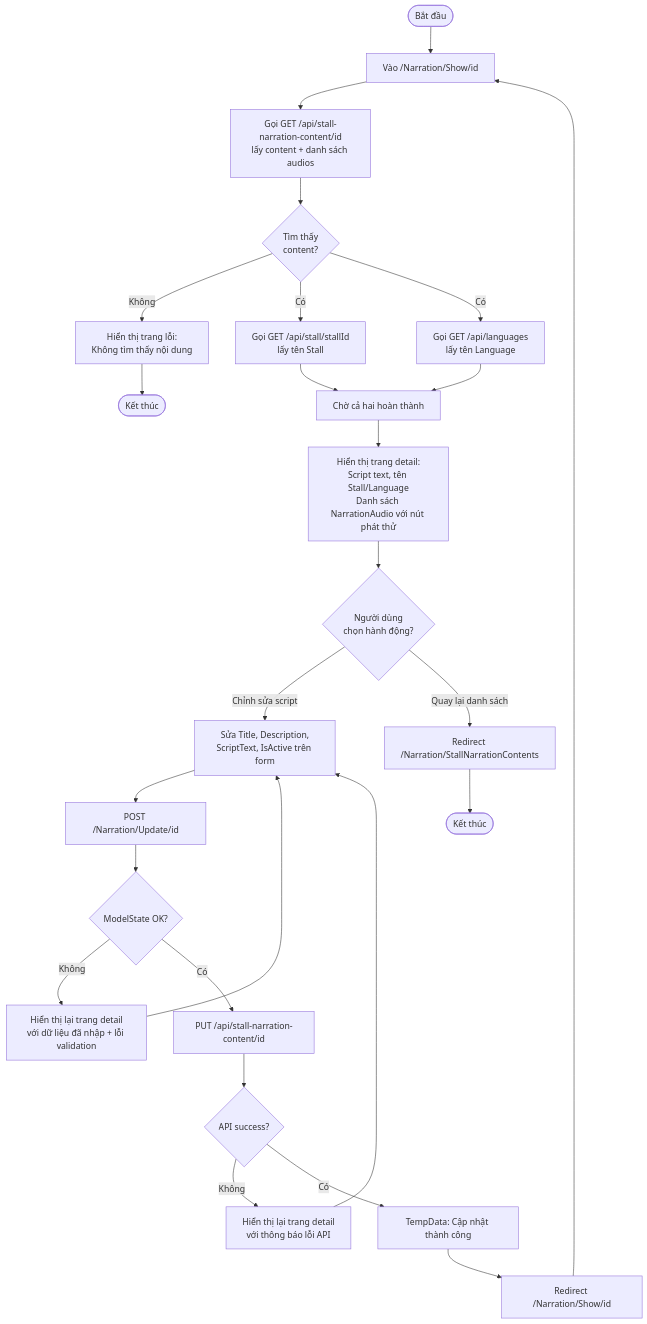
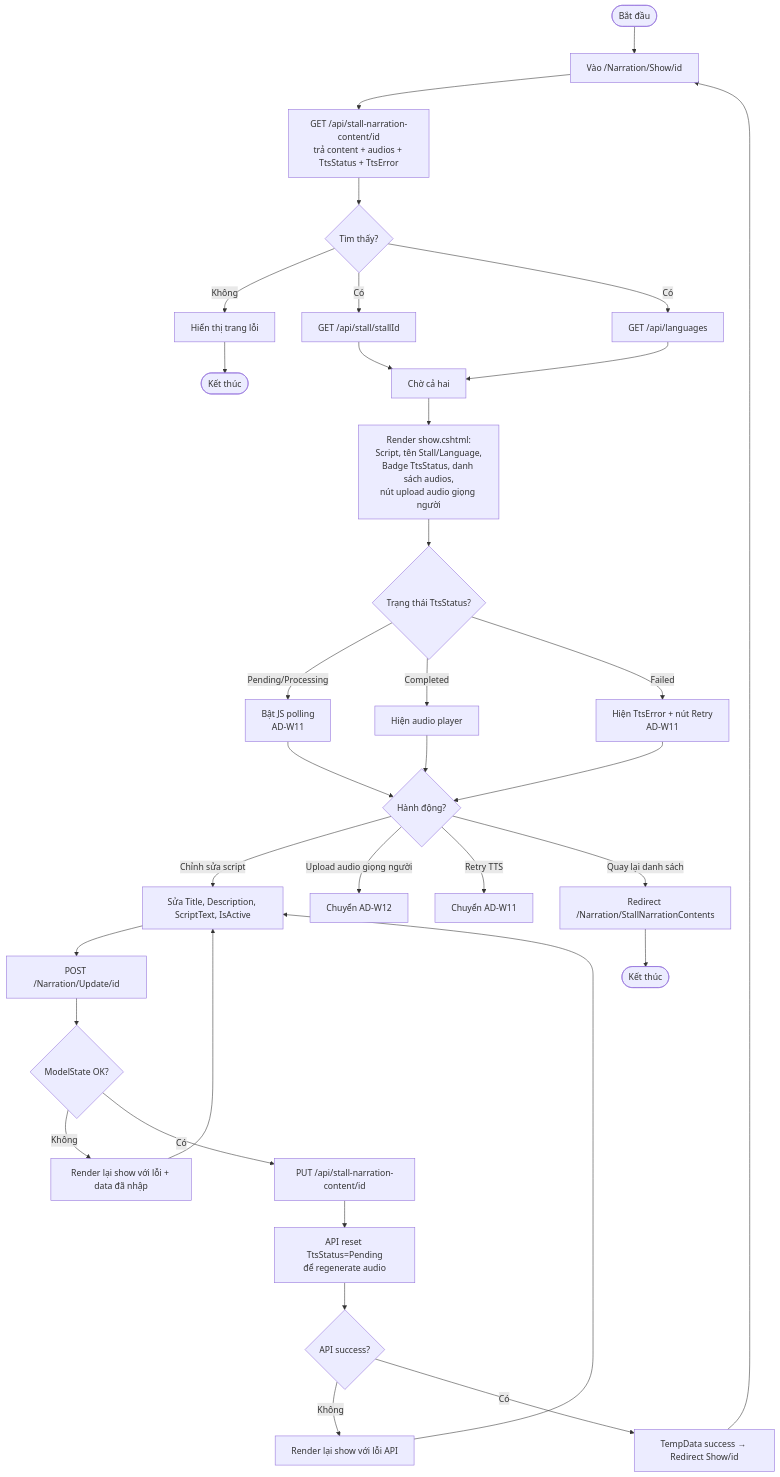
Before and after one commit to NguyenAlpha/LocateAndMultilingualNarration: the tenth of 21 diagrams in Docs/Activity Diagrams – Web Admin.md, drawn with Mermaid. The commit also changed other lines of this file and 1 other file, not shown here.

Commit message:
Update Mobile API Endpoints Summary with detailed descriptions and JSON response examples for each endpoint

````diff
--- a/Docs/Activity Diagrams – Web Admin.md
+++ b/Docs/Activity Diagrams – Web Admin.md
@@ -393,32 +437,41 @@
 ```mermaid
 flowchart TD
     A([Bắt đầu]) --> B[Vào /Narration/Show/id]
-    B --> C[Gọi GET /api/stall-narration-content/id\nlấy content + danh sách audios]
-    C --> D{Tìm thấy\ncontent?}
-    D -- Không --> E[Hiển thị trang lỗi:\nKhông tìm thấy nội dung]
+    B --> C[GET /api/stall-narration-content/id\ntrả content + audios + TtsStatus + TtsError]
+    C --> D{Tìm thấy?}
+    D -- Không --> E[Hiển thị trang lỗi]
     E --> F([Kết thúc])
 
-    D -- Có --> G1[Gọi GET /api/stall/stallId\nlấy tên Stall]
-    D -- Có --> G2[Gọi GET /api/languages\nlấy tên Language]
-    G1 --> H[Chờ cả hai hoàn thành]
+    D -- Có --> G1[GET /api/stall/stallId]
+    D -- Có --> G2[GET /api/languages]
+    G1 --> H[Chờ cả hai]
     G2 --> H
-    H --> I[Hiển thị trang detail:\nScript text, tên Stall/Language\nDanh sách NarrationAudio với nút phát thử]
+    H --> I[Render show.cshtml:\nScript, tên Stall/Language,\nBadge TtsStatus, danh sách audios,\nnút upload audio giọng người]
 
-    I --> J{Người dùng\nchọn hành động?}
+    I --> J{Trạng thái TtsStatus?}
+    J -- Pending/Processing --> K[Bật JS polling\nAD-W11]
+    J -- Completed --> L[Hiện audio player]
+    J -- Failed --> M[Hiện TtsError + nút Retry\nAD-W11]
 
-    J -- Chỉnh sửa script --> K[Sửa Title, Description,\nScriptText, IsActive trên form]
-    K --> L[POST /Narration/Update/id]
-    L --> M{ModelState OK?}
-    M -- Không --> N[Hiển thị lại trang detail\nvới dữ liệu đã nhập + lỗi validation]
-    N --> K
-    M -- Có --> O[PUT /api/stall-narration-content/id]
-    O --> P{API success?}
-    P -- Không --> Q[Hiển thị lại trang detail\nvới thông báo lỗi API]
-    Q --> K
-    P -- Có --> R[TempData: Cập nhật thành công]
-    R --> S[Redirect /Narration/Show/id]
-    S --> B
+    L --> N{Hành động?}
+    K --> N
+    M --> N
 
-    J -- Quay lại danh sách --> T[Redirect /Narration/StallNarrationContents]
-    T --> U([Kết thúc])
+    N -- Chỉnh sửa script --> O[Sửa Title, Description, ScriptText, IsActive]
+    O --> P[POST /Narration/Update/id]
+    P --> Q{ModelState OK?}
+    Q -- Không --> R[Render lại show với lỗi + data đã nhập]
+    R --> O
+    Q -- Có --> S[PUT /api/stall-narration-content/id]
+    S --> T[API reset TtsStatus=Pending\nđể regenerate audio]
+    T --> U{API success?}
+    U -- Không --> V[Render lại show với lỗi API]
+    V --> O
+    U -- Có --> W[TempData success → Redirect Show/id]
+    W --> B
+
+    N -- Upload audio giọng người --> X[Chuyển AD-W12]
+    N -- Retry TTS --> Y[Chuyển AD-W11]
+    N -- Quay lại danh sách --> Z[Redirect /Narration/StallNarrationContents]
+    Z --> AA([Kết thúc])
 ```
````
